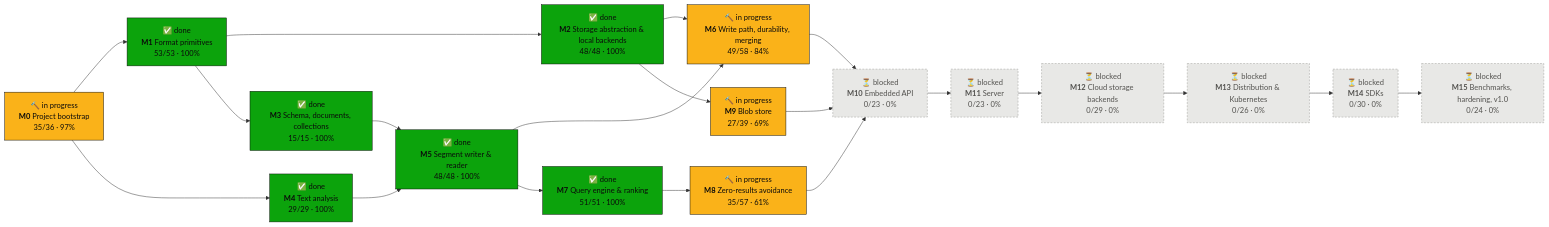
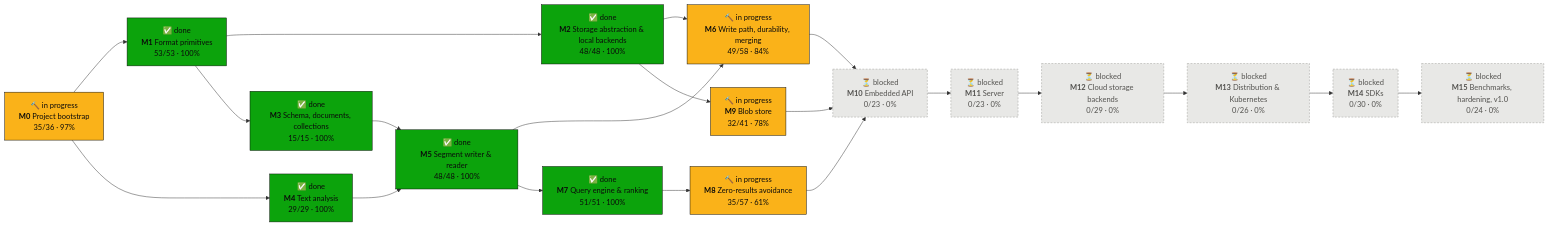
One commit to tomiok/persiaDB changed the first of 2 diagrams in PROGRESS.md. Above: the diagram before and after it, drawn with Mermaid. The commit also changed other lines of this file and 7 other files, not shown here.

````diff
--- a/PROGRESS.md
+++ b/PROGRESS.md
@@ -16,42 +16,42 @@
 ```mermaid
 flowchart LR
   M0["🔨 in progress<br/><b>M0</b> Project bootstrap<br/>35/36 · 97%"]:::doing
   M1["✅ done<br/><b>M1</b> Format primitives<br/>53/53 · 100%"]:::done
   M2["✅ done<br/><b>M2</b> Storage abstraction & local backends<br/>48/48 · 100%"]:::done
   M3["✅ done<br/><b>M3</b> Schema, documents, collections<br/>15/15 · 100%"]:::done
   M4["✅ done<br/><b>M4</b> Text analysis<br/>29/29 · 100%"]:::done
   M5["✅ done<br/><b>M5</b> Segment writer & reader<br/>48/48 · 100%"]:::done
   M6["🔨 in progress<br/><b>M6</b> Write path, durability, merging<br/>49/58 · 84%"]:::doing
   M7["✅ done<br/><b>M7</b> Query engine & ranking<br/>51/51 · 100%"]:::done
   M8["🔨 in progress<br/><b>M8</b> Zero-results avoidance<br/>35/57 · 61%"]:::doing
-  M9["🔨 in progress<br/><b>M9</b> Blob store<br/>27/39 · 69%"]:::doing
+  M9["🔨 in progress<br/><b>M9</b> Blob store<br/>32/41 · 78%"]:::doing
   M10["⏳ blocked<br/><b>M10</b> Embedded API<br/>0/23 · 0%"]:::blocked
   M11["⏳ blocked<br/><b>M11</b> Server<br/>0/23 · 0%"]:::blocked
   M12["⏳ blocked<br/><b>M12</b> Cloud storage backends<br/>0/29 · 0%"]:::blocked
   M13["⏳ blocked<br/><b>M13</b> Distribution & Kubernetes<br/>0/26 · 0%"]:::blocked
   M14["⏳ blocked<br/><b>M14</b> SDKs<br/>0/30 · 0%"]:::blocked
   M15["⏳ blocked<br/><b>M15</b> Benchmarks, hardening, v1.0<br/>0/24 · 0%"]:::blocked
   M0 --> M1
   M1 --> M2
   M1 --> M3
   M0 --> M4
   M3 --> M5
   M4 --> M5
   M2 --> M6
   M5 --> M6
   M5 --> M7
   M7 --> M8
   M2 --> M9
   M6 --> M10
   M8 --> M10
   M9 --> M10
   M10 --> M11
   M11 --> M12
   M12 --> M13
   M13 --> M14
   M14 --> M15
   classDef done fill:#0ca30c,stroke:#0b0b0b,color:#0b0b0b
   classDef doing fill:#fab219,stroke:#0b0b0b,color:#0b0b0b
   classDef ready fill:#fcfcfb,stroke:#0b0b0b,stroke-width:2px,color:#0b0b0b
   classDef blocked fill:#e8e8e6,stroke:#9a9a96,stroke-dasharray:4 3,color:#52514e
 ```
````
